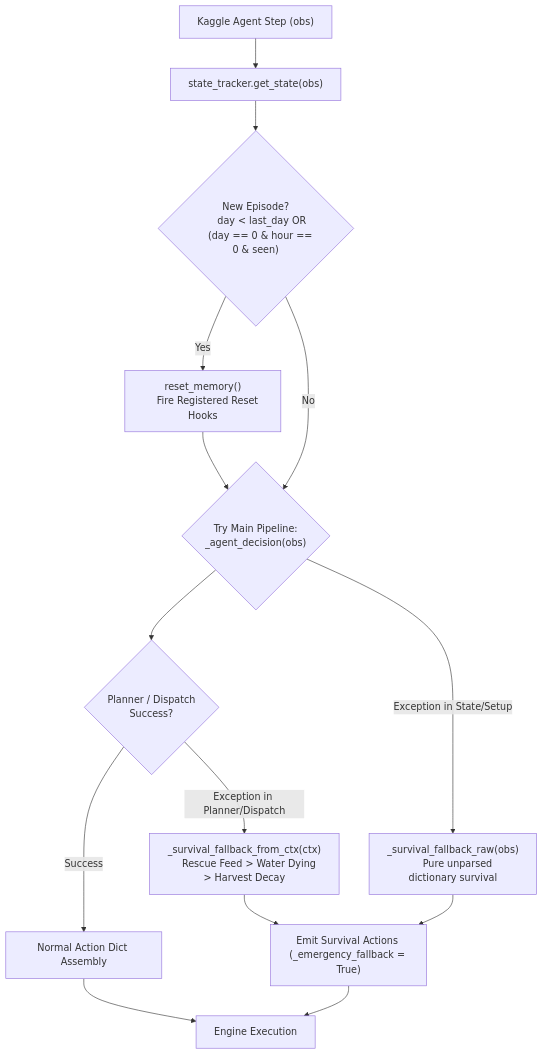
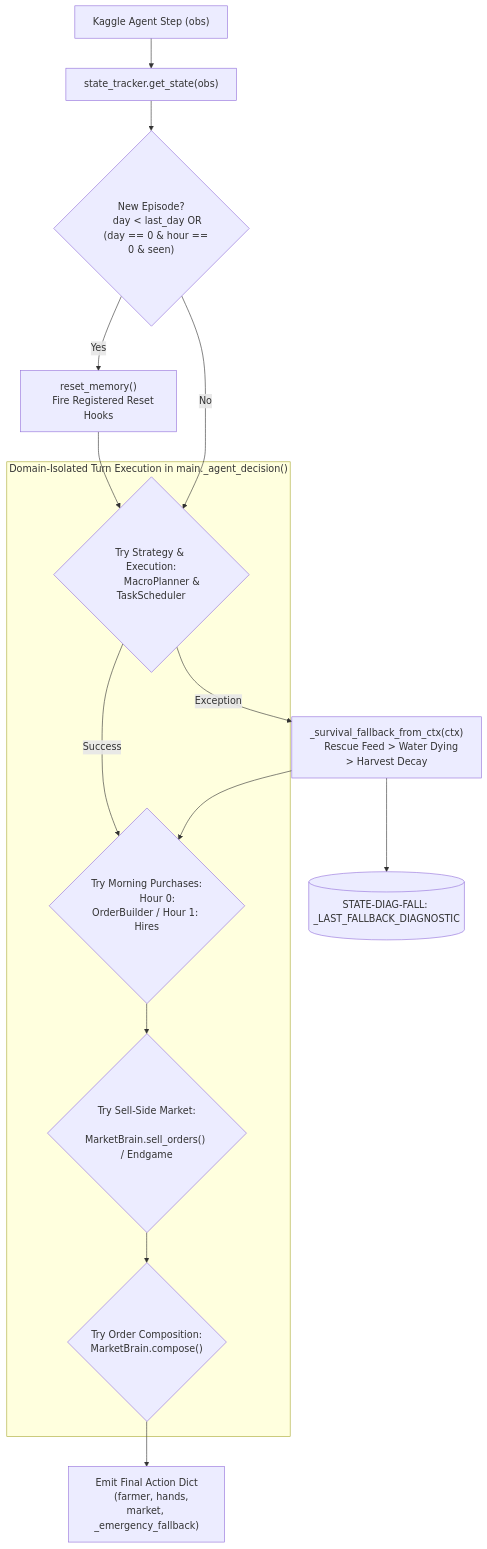
One commit to aaryasj0310-stack/farm changed the fifth of 5 diagrams in architecture/architecture_dataflow.md. Above: the diagram before and after it, drawn with Mermaid. The commit also changed other lines of this file and 242 other files, not shown here.

Commit message:
feat: generalized price-protected drip selling, ongoing crop survival watering, and bounded opponent market inference

````diff
--- a/architecture/architecture_dataflow.md
+++ b/architecture/architecture_dataflow.md
@@ -356,33 +381,39 @@
 ```mermaid
 flowchart TD
     OBS["Kaggle Agent Step (obs)"]
     GET_ST["state_tracker.get_state(obs)"]
     RESET_CHK{"New Episode?
     day < last_day OR
     (day == 0 & hour == 0 & seen)"}
     RESET_EXEC["reset_memory()
     Fire Registered Reset Hooks"]
 
-    TRY_MAIN{"Try Main Pipeline:
-    _agent_decision(obs)"}
-    PLAN_EXEC{"Planner / Dispatch
-    Success?"}
+    subgraph DOMAIN_ISO["Domain-Isolated Turn Execution in main._agent_decision()"]
+        TRY_STRAT{"Try Strategy & Execution:
+        MacroPlanner & TaskScheduler"}
+        TRY_PURCH{"Try Morning Purchases:
+        Hour 0: OrderBuilder / Hour 1: Hires"}
+        TRY_SELL{"Try Sell-Side Market:
+        MarketBrain.sell_orders() / Endgame"}
+        TRY_COMP{"Try Order Composition:
+        MarketBrain.compose()"}
+    end
+
     SURV_CTX["_survival_fallback_from_ctx(ctx)
     Rescue Feed > Water Dying > Harvest Decay"]
-    SURV_RAW["_survival_fallback_raw(obs)
-    Pure unparsed dictionary survival"]
+    DIAG_LOG[("STATE-DIAG-FALL: _LAST_FALLBACK_DIAGNOSTIC")]
 
     OBS --> GET_ST --> RESET_CHK
-    RESET_CHK -->|Yes| RESET_EXEC --> TRY_MAIN
-    RESET_CHK -->|No| TRY_MAIN
+    RESET_CHK -->|Yes| RESET_EXEC --> TRY_STRAT
+    RESET_CHK -->|No| TRY_STRAT
 
-    TRY_MAIN --> PLAN_EXEC
-    PLAN_EXEC -->|Success| NORMAL["Normal Action Dict Assembly"]
-    PLAN_EXEC -->|Exception in Planner/Dispatch| SURV_CTX
-    TRY_MAIN -->|Exception in State/Setup| SURV_RAW
+    TRY_STRAT -->|Success| TRY_PURCH
+    TRY_STRAT -->|Exception| SURV_CTX
+    SURV_CTX --> DIAG_LOG
+    SURV_CTX --> TRY_PURCH
 
-    SURV_CTX --> FALL_ACT["Emit Survival Actions (_emergency_fallback = True)"]
-    SURV_RAW --> FALL_ACT
-    NORMAL --> ENGINE["Engine Execution"]
-    FALL_ACT --> ENGINE
+    TRY_PURCH --> TRY_SELL
+    TRY_SELL --> TRY_COMP
+    TRY_COMP --> ACTION_DICT["Emit Final Action Dict
+    (farmer, hands, market, _emergency_fallback)"]
 ```
````
